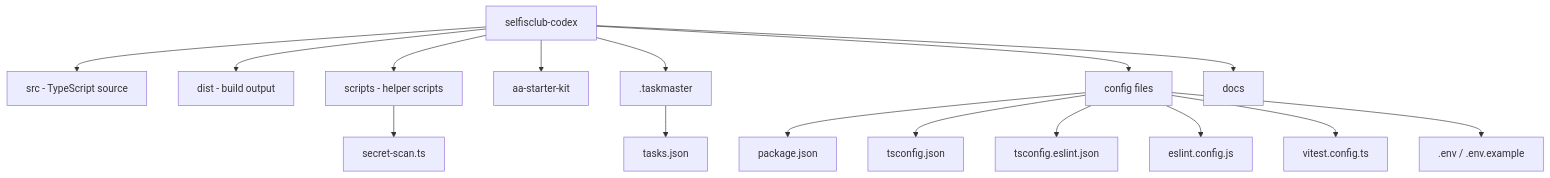
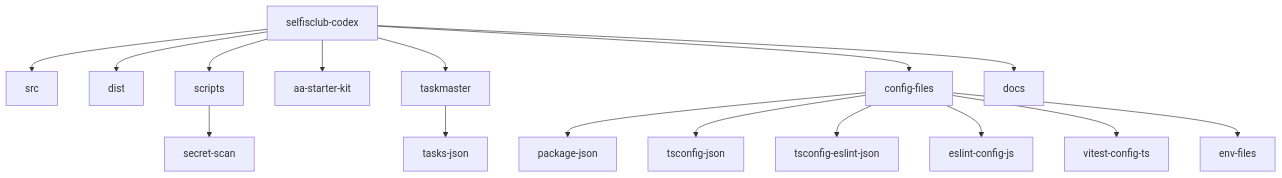
The first of 4 diagrams in 프로젝트 전체 구조도.md (pandol69kim-bot/gitautopipe), drawn with Mermaid before and after one commit. The commit also changed other lines of this file and 1 other file, not shown here.

Commit message:
feat: Update project diagrams to improve Mermaid compatibility and clarity

````diff
--- a/프로젝트 전체 구조도.md
+++ b/프로젝트 전체 구조도.md
@@ -10,22 +10,19 @@
 ```mermaid
-flowchart TB
-  Root["selfisclub-codex"]
-
-  Root --> Src["src - TypeScript source"]
-  Root --> Dist["dist - build output"]
-  Root --> Scripts["scripts - helper scripts"]
-  Root --> Starter["aa-starter-kit"]
-  Root --> Taskmaster[".taskmaster"]
-  Root --> Configs["config files"]
-  Root --> Docs["docs"]
-
-  Configs --> Package["package.json"]
-  Configs --> TS["tsconfig.json"]
-  Configs --> TSLint["tsconfig.eslint.json"]
-  Configs --> ESLint["eslint.config.js"]
-  Configs --> Vitest["vitest.config.ts"]
-  Configs --> Env[".env / .env.example"]
-
-  Scripts --> SecretScan["secret-scan.ts"]
-  Taskmaster --> Tasks["tasks.json"]
+graph TD
+Root[selfisclub-codex]
+Root --> Src[src]
+Root --> Dist[dist]
+Root --> Scripts[scripts]
+Root --> Starter[aa-starter-kit]
+Root --> Taskmaster[taskmaster]
+Root --> Configs[config-files]
+Root --> Docs[docs]
+Configs --> Package[package-json]
+Configs --> TS[tsconfig-json]
+Configs --> TSEslint[tsconfig-eslint-json]
+Configs --> ESLint[eslint-config-js]
+Configs --> Vitest[vitest-config-ts]
+Configs --> Env[env-files]
+Scripts --> SecretScan[secret-scan]
+Taskmaster --> Tasks[tasks-json]
 ```
````
